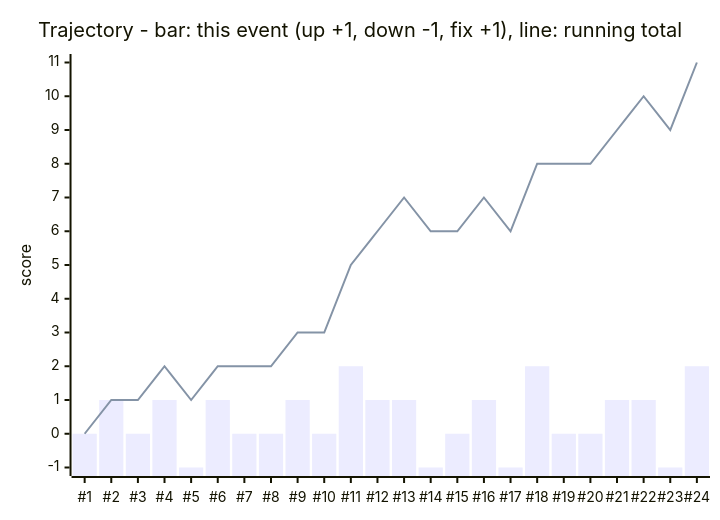
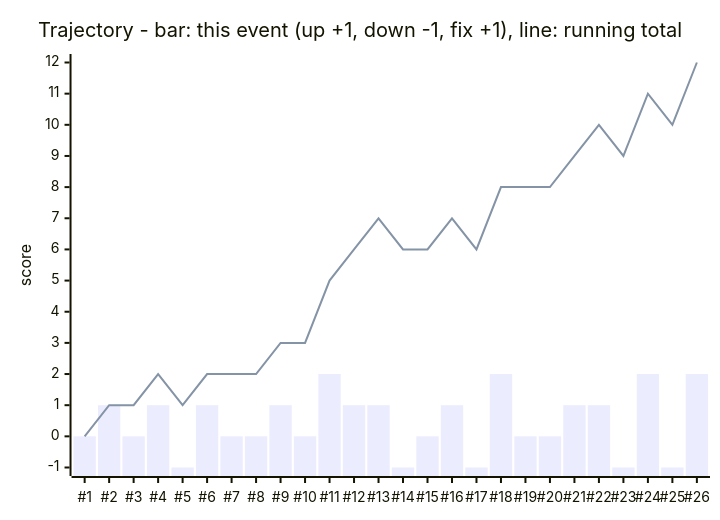
The fourth of 5 diagrams in apps/learning-architecture/docs/HANDBOOK.md (mahdighandi1989/Lifemanager), drawn with Mermaid before and after one commit. The commit also changed other lines of this file and 19 other files, not shown here.

First line of the commit message:
feat(learning-architecture): wayfinding (where am I, came-from trail, back to the exact spot) and a from-zero step-by-step course over the 45 techniques

````diff
--- a/apps/learning-architecture/docs/HANDBOOK.md
+++ b/apps/learning-architecture/docs/HANDBOOK.md
@@ -304,8 +329,8 @@
 ```mermaid
 xychart-beta
     title "Trajectory - bar: this event (up +1, down -1, fix +1), line: running total"
-    x-axis ["#1", "#2", "#3", "#4", "#5", "#6", "#7", "#8", "#9", "#10", "#11", "#12", "#13", "#14", "#15", "#16", "#17", "#18", "#19", "#20", "#21", "#22", "#23", "#24"]
-    y-axis "score" -1 --> 11
-    bar [0, 1, 0, 1, -1, 1, 0, 0, 1, 0, 2, 1, 1, -1, 0, 1, -1, 2, 0, 0, 1, 1, -1, 2]
-    line [0, 1, 1, 2, 1, 2, 2, 2, 3, 3, 5, 6, 7, 6, 6, 7, 6, 8, 8, 8, 9, 10, 9, 11]
+    x-axis ["#1", "#2", "#3", "#4", "#5", "#6", "#7", "#8", "#9", "#10", "#11", "#12", "#13", "#14", "#15", "#16", "#17", "#18", "#19", "#20", "#21", "#22", "#23", "#24", "#25", "#26"]
+    y-axis "score" -1 --> 12
+    bar [0, 1, 0, 1, -1, 1, 0, 0, 1, 0, 2, 1, 1, -1, 0, 1, -1, 2, 0, 0, 1, 1, -1, 2, -1, 2]
+    line [0, 1, 1, 2, 1, 2, 2, 2, 3, 3, 5, 6, 7, 6, 6, 7, 6, 8, 8, 8, 9, 10, 9, 11, 10, 12]
 ```
````
